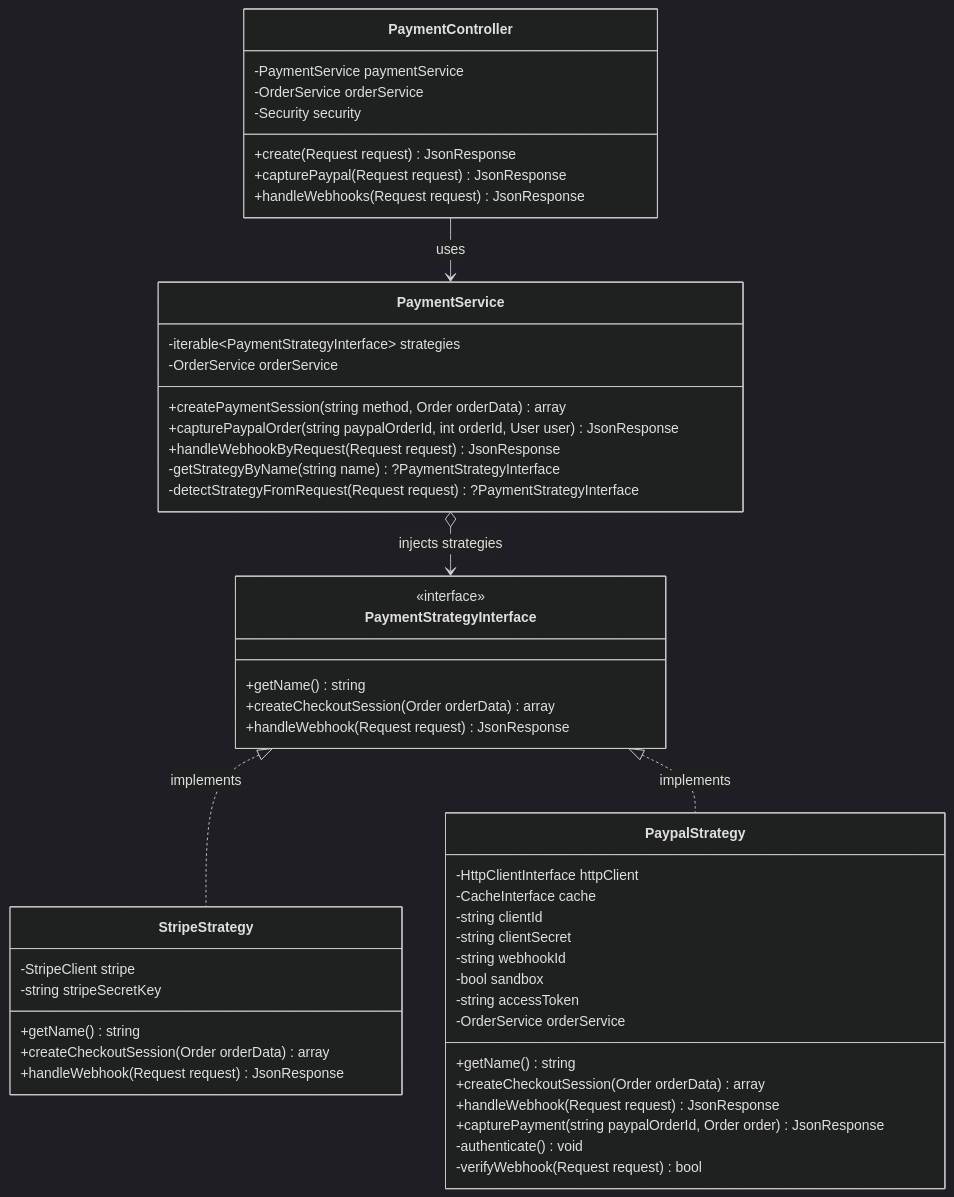
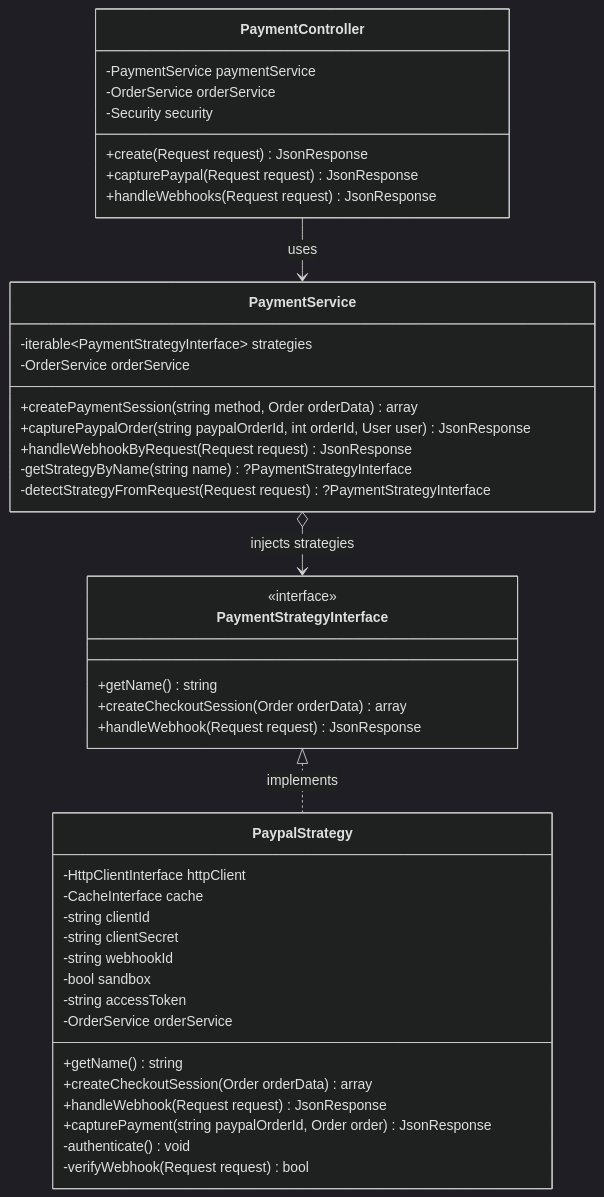
The second of 3 diagrams in README.md (Tran-Hugo/Monorepo-Jerem), drawn with Mermaid (dark theme) before and after one commit. The commit also changed other lines of this file, not shown here.

Commit message:
docs: remove POC/PayFusion mentions and update payment strategy documentation

````diff
--- a/README.md
+++ b/README.md
@@ -130,58 +125,49 @@
 ```mermaid
 classDiagram
     class PaymentStrategyInterface {
         <<interface>>
-        +getName() string
-        +createCheckoutSession(Order orderData) array
-        +handleWebhook(Request request) JsonResponse
-    }
-
-    class StripeStrategy {
-        -StripeClient stripe
-        -string stripeSecretKey
         +getName() string
         +createCheckoutSession(Order orderData) array
         +handleWebhook(Request request) JsonResponse
     }
 
     class PaypalStrategy {
         -HttpClientInterface httpClient
         -CacheInterface cache
         -string clientId
         -string clientSecret
         -string webhookId
         -bool sandbox
         -string accessToken
         -OrderService orderService
         +getName() string
         +createCheckoutSession(Order orderData) array
         +handleWebhook(Request request) JsonResponse
         +capturePayment(string paypalOrderId, Order order) JsonResponse
         -authenticate() void
         -verifyWebhook(Request request) bool
     }
 
     class PaymentService {
         -iterable~PaymentStrategyInterface~ strategies
         -OrderService orderService
         +createPaymentSession(string method, Order orderData) array
         +capturePaypalOrder(string paypalOrderId, int orderId, User user) JsonResponse
         +handleWebhookByRequest(Request request) JsonResponse
         -getStrategyByName(string name) ?PaymentStrategyInterface
         -detectStrategyFromRequest(Request request) ?PaymentStrategyInterface
     }
 
     class PaymentController {
         -PaymentService paymentService
         -OrderService orderService
         -Security security
         +create(Request request) JsonResponse
         +capturePaypal(Request request) JsonResponse
         +handleWebhooks(Request request) JsonResponse
     }
 
-    PaymentStrategyInterface <|.. StripeStrategy : implements
     PaymentStrategyInterface <|.. PaypalStrategy : implements
     PaymentService o--> PaymentStrategyInterface : injects strategies
     PaymentController --> PaymentService : uses
 ```
````
